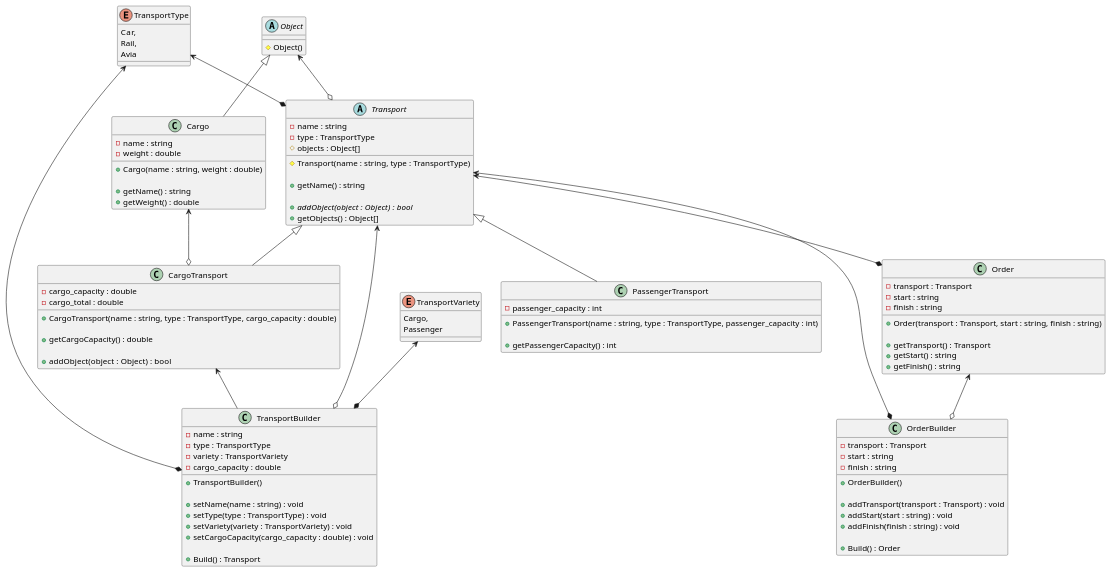
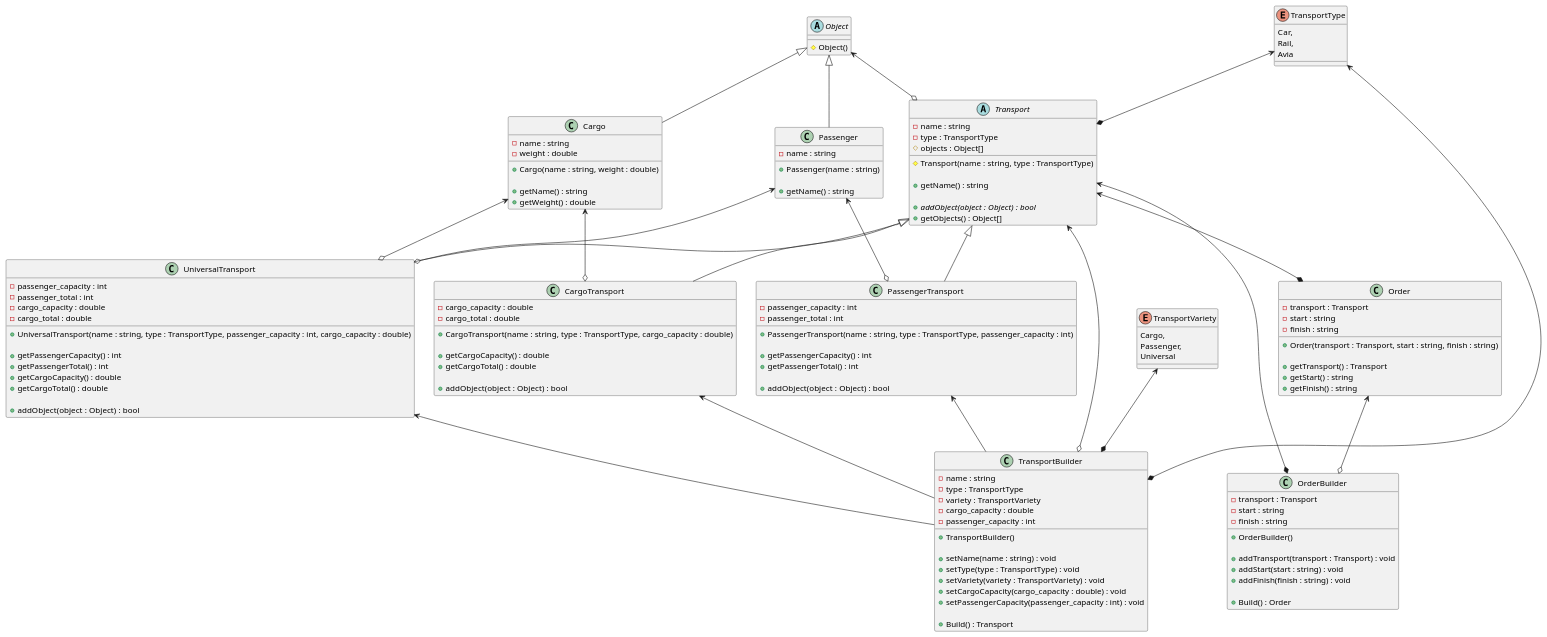
One commit to it-top-shambala/TransportCompany_ changed the diagram in class_diagram.puml. Above: the diagram before and after it, drawn with PlantUML. The commit also changed 8 other files, not shown here.

```diff
--- a/class_diagram.puml
+++ b/class_diagram.puml
@@ -1,118 +1,157 @@
 @startuml
 'https://plantuml.com/class-diagram
 
 enum TransportType {
 Car,
 Rail,
 Avia
 }
 
 abstract class Object {
 # Object()
 }
 
 Object <|-- Cargo
 class Cargo {
 - name : string
 - weight : double
 
 + Cargo(name : string, weight : double)
 
 + getName() : string
 + getWeight() : double
+}
+
+Object <|-- Passenger
+class Passenger {
+- name : string
+
++ Passenger(name : string)
+
++ getName() : string
 }
 
 
 TransportType <--* Transport
 Object <--o Transport
 abstract class Transport {
 - name : string
 - type : TransportType
 # objects : Object[]
 
 # Transport(name : string, type : TransportType)
 
 + getName() : string
 
 + {abstract} addObject(object : Object) :  bool
 + getObjects() : Object[]
 }
 
 Transport <|-- CargoTransport
 Cargo <--o CargoTransport
 class CargoTransport {
 - cargo_capacity : double
 - cargo_total : double
 
 + CargoTransport(name : string, type : TransportType, cargo_capacity : double)
 
 + getCargoCapacity() : double
++ getCargoTotal() : double
 
 + addObject(object : Object) :  bool
 }
 
 Transport <|-- PassengerTransport
+Passenger <--o PassengerTransport
 class PassengerTransport {
 - passenger_capacity : int
+- passenger_total : int
 
 + PassengerTransport(name : string, type : TransportType, passenger_capacity : int)
 
 + getPassengerCapacity() : int
++ getPassengerTotal() : int
+
++ addObject(object : Object) :  bool
+}
+
+Transport <|-- UniversalTransport
+Passenger <--o UniversalTransport
+Cargo <--o UniversalTransport
+class UniversalTransport {
+- passenger_capacity : int
+- passenger_total : int
+- cargo_capacity : double
+- cargo_total : double
+
++ UniversalTransport(name : string, type : TransportType, passenger_capacity : int, cargo_capacity : double)
+
++ getPassengerCapacity() : int
++ getPassengerTotal() : int
++ getCargoCapacity() : double
++ getCargoTotal() : double
+
++ addObject(object : Object) :  bool
 }
 
 Transport <--* Order
 class Order {
 - transport : Transport
 - start : string
 - finish : string
 
 + Order(transport : Transport, start : string, finish : string)
 
 + getTransport() : Transport
 + getStart() : string
 + getFinish() : string
 }
 
 Transport <--* OrderBuilder
 Order <--o OrderBuilder
 class OrderBuilder{
 - transport : Transport
 - start : string
 - finish : string
 
 + OrderBuilder()
 
 + addTransport(transport : Transport) : void
 + addStart(start : string) : void
 + addFinish(finish : string) : void
 
 + Build() : Order
 }
 
 enum TransportVariety {
 Cargo,
-Passenger
+Passenger,
+Universal
 }
 
 
 Transport <--o TransportBuilder
 TransportType <--* TransportBuilder
 TransportVariety <--* TransportBuilder
 CargoTransport <-- TransportBuilder
+PassengerTransport <-- TransportBuilder
+UniversalTransport <-- TransportBuilder
 class TransportBuilder {
 - name : string
 - type : TransportType
 - variety : TransportVariety
 - cargo_capacity : double
+- passenger_capacity : int
 
 + TransportBuilder()
 
 + setName(name : string) : void
 + setType(type : TransportType) : void
 + setVariety(variety : TransportVariety) : void
 + setCargoCapacity(cargo_capacity : double) : void
++ setPassengerCapacity(passenger_capacity : int) : void
 
 + Build() : Transport
 }
 
 @enduml
```
